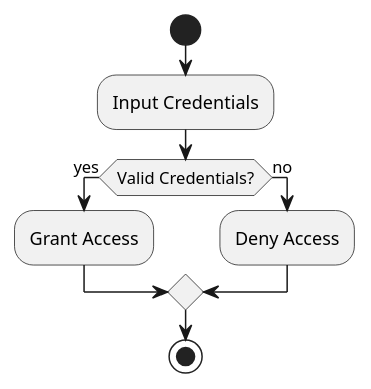
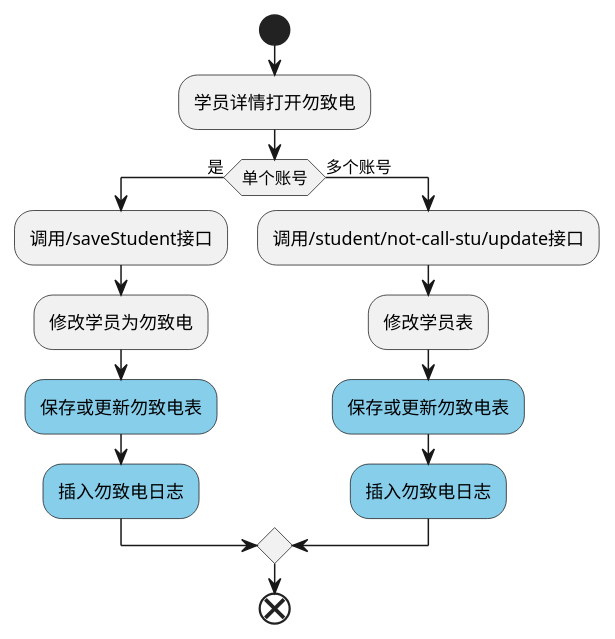
Before and after one commit to wanghaolong/wanghaolong.github.io: the fourth of 16 diagrams in docs/PlantUML分享/PlantUML分享.md, drawn with PlantUML. The commit also changed other lines of this file, not shown here.

````diff
--- a/docs/PlantUML分享/PlantUML分享.md
+++ b/docs/PlantUML分享/PlantUML分享.md
@@ -108,12 +105,28 @@
 ```plantuml
 @startuml
+'https://plantuml.com/activity-diagram-beta
+
 start
-:Input Credentials;
-if (Valid Credentials?) then (yes)
-  :Grant Access;
-else (no)
-  :Deny Access;
+
+:学员详情打开勿致电;
+if (单个账号) then (是)
+  :调用/saveStudent接口;
+  :修改学员为勿致电;
+  #skyblue:保存或更新勿致电表;
+  #skyblue:插入勿致电日志;
+else (多个账号)
+  :调用/student/not-call-stu/update接口;
+    :修改学员表;
+    #skyblue:保存或更新勿致电表;
+   #skyblue :插入勿致电日志;
 endif
-stop
+
+
+
+
+
+end
+
+
 @enduml
 ```
````
